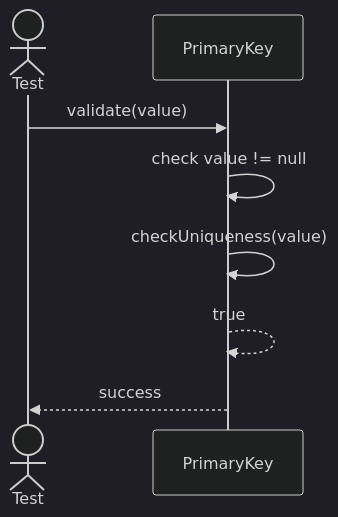
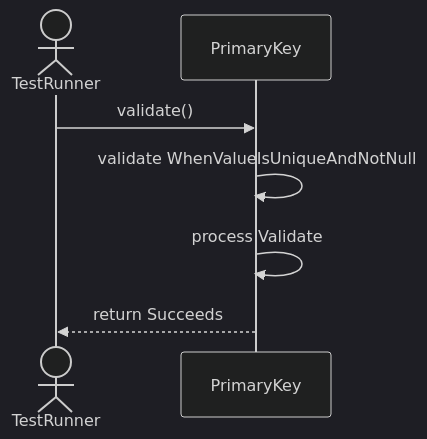
One commit to TamBui1706/DBMS changed the first of 5 diagrams in Sequences/DatabaseObjectManagement/PrimaryKey.md. Above: the diagram before and after it, drawn with Mermaid (dark theme). The commit also changed other lines of this file and 63 other files, not shown here.

Commit message:
Draw sequence diagram for unit tests

````diff
--- a/Sequences/DatabaseObjectManagement/PrimaryKey.md
+++ b/Sequences/DatabaseObjectManagement/PrimaryKey.md
@@ -15,11 +16,9 @@
 ```mermaid
 sequenceDiagram
-    actor Test
+    actor TestRunner
     participant PrimaryKey
-
-    Test->>PrimaryKey: validate(value)
-    PrimaryKey->>PrimaryKey: check value != null
-    PrimaryKey->>PrimaryKey: checkUniqueness(value)
-    PrimaryKey-->>PrimaryKey: true
-    PrimaryKey-->>Test: success
+    TestRunner->>PrimaryKey: validate()
+    PrimaryKey->>PrimaryKey: validate WhenValueIsUniqueAndNotNull
+    PrimaryKey->>PrimaryKey: process Validate
+    PrimaryKey-->>TestRunner: return Succeeds
 ```
````
